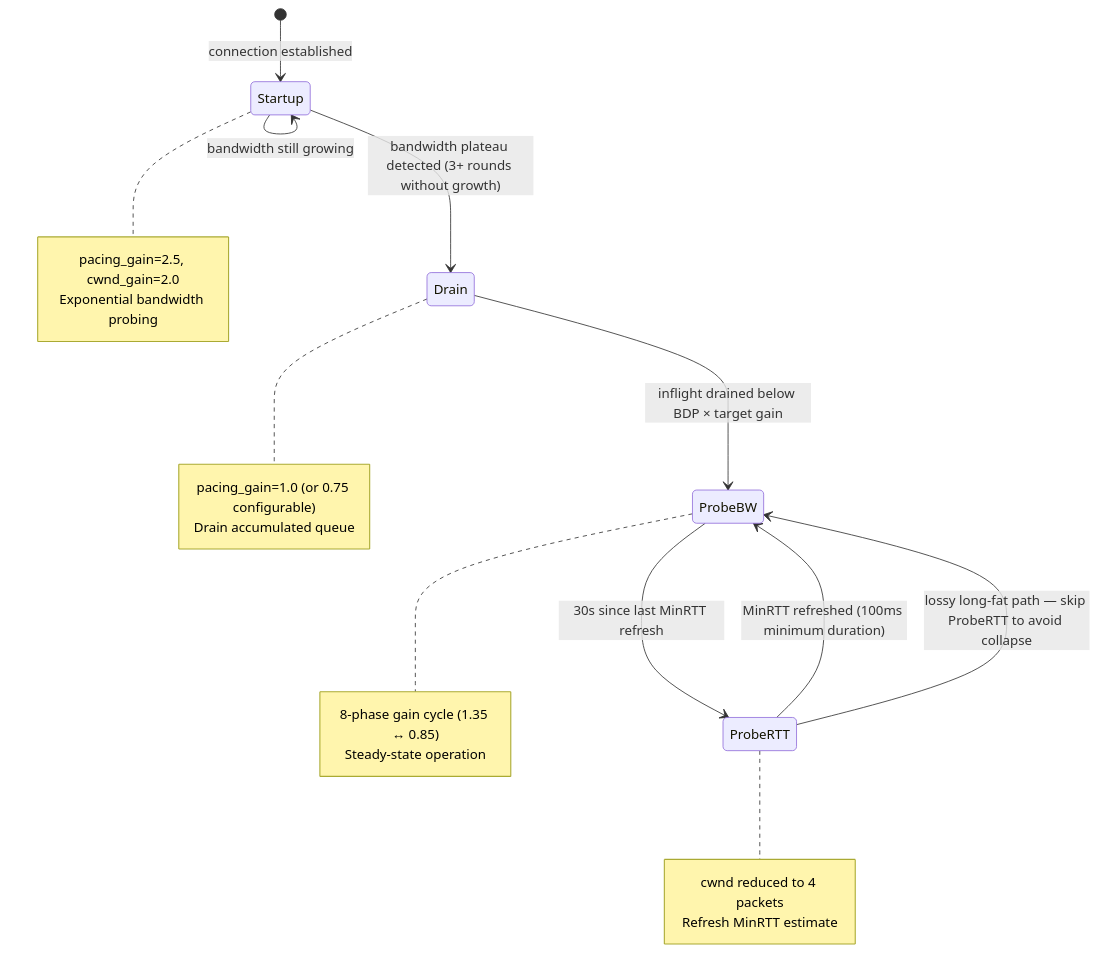
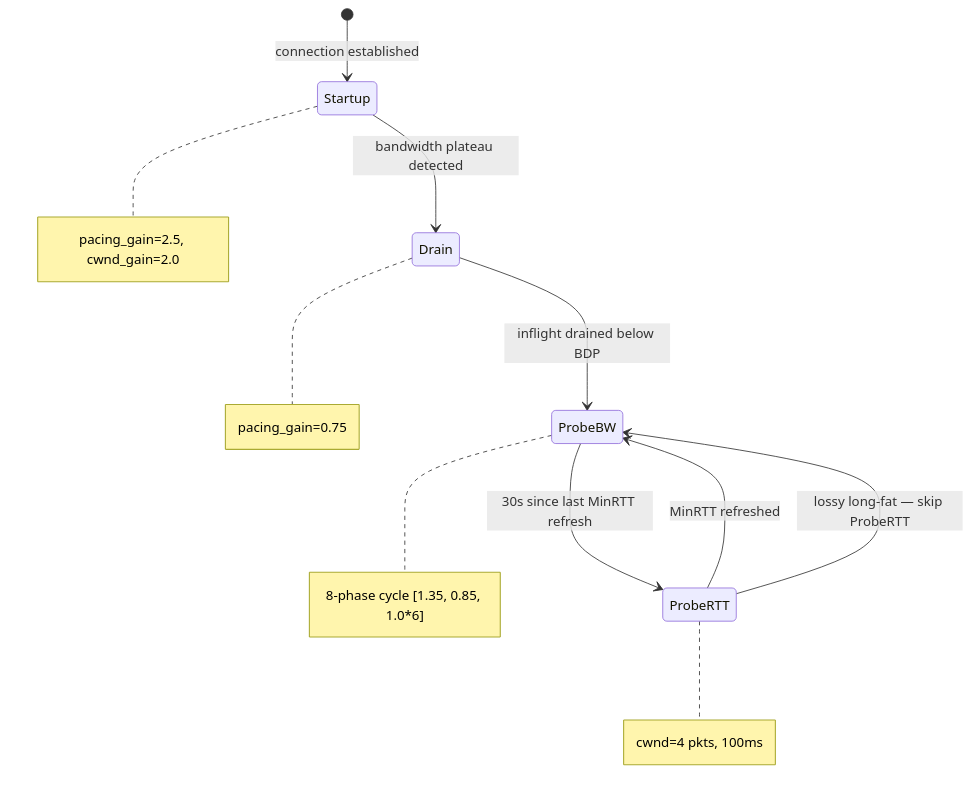
Before and after one commit to liulilittle/ucp: the fourth of 10 diagrams in README.md, drawn with Mermaid. The commit also changed other lines of this file and 43 other files, not shown here.

````diff
--- a/README.md
+++ b/README.md
@@ -317,15 +231,14 @@
 ```mermaid
 stateDiagram-v2
     [*] --> Startup: connection established
-    Startup --> Drain: bandwidth plateau detected (3+ rounds without growth)
-    Drain --> ProbeBW: inflight drained below BDP × target gain
+    Startup --> Drain: bandwidth plateau detected
+    Drain --> ProbeBW: inflight drained below BDP
     ProbeBW --> ProbeRTT: 30s since last MinRTT refresh
-    ProbeRTT --> ProbeBW: MinRTT refreshed (100ms minimum duration)
-    ProbeRTT --> ProbeBW: lossy long-fat path — skip ProbeRTT to avoid collapse
-    Startup --> Startup: bandwidth still growing
-
-    note right of Startup: pacing_gain=2.5, cwnd_gain=2.0<br/>Exponential bandwidth probing
-    note right of Drain: pacing_gain=1.0 (or 0.75 configurable)<br/>Drain accumulated queue
-    note right of ProbeBW: 8-phase gain cycle (1.35 ↔ 0.85)<br/>Steady-state operation
-    note right of ProbeRTT: cwnd reduced to 4 packets<br/>Refresh MinRTT estimate
+    ProbeRTT --> ProbeBW: MinRTT refreshed
+    ProbeRTT --> ProbeBW: lossy long-fat — skip ProbeRTT
+    
+    note right of Startup: pacing_gain=2.5, cwnd_gain=2.0
+    note right of Drain: pacing_gain=0.75
+    note right of ProbeBW: 8-phase cycle [1.35, 0.85, 1.0*6]
+    note right of ProbeRTT: cwnd=4 pkts, 100ms
 ```
````
